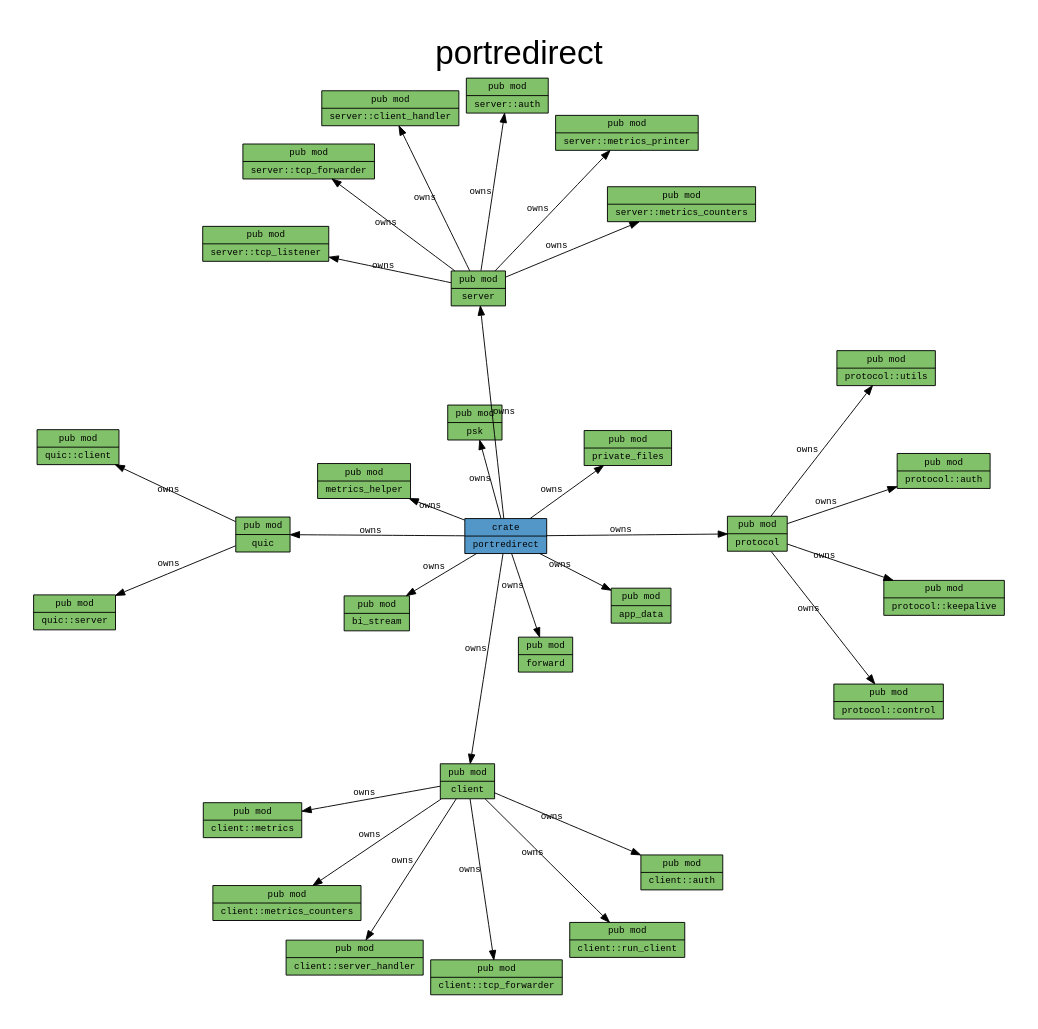
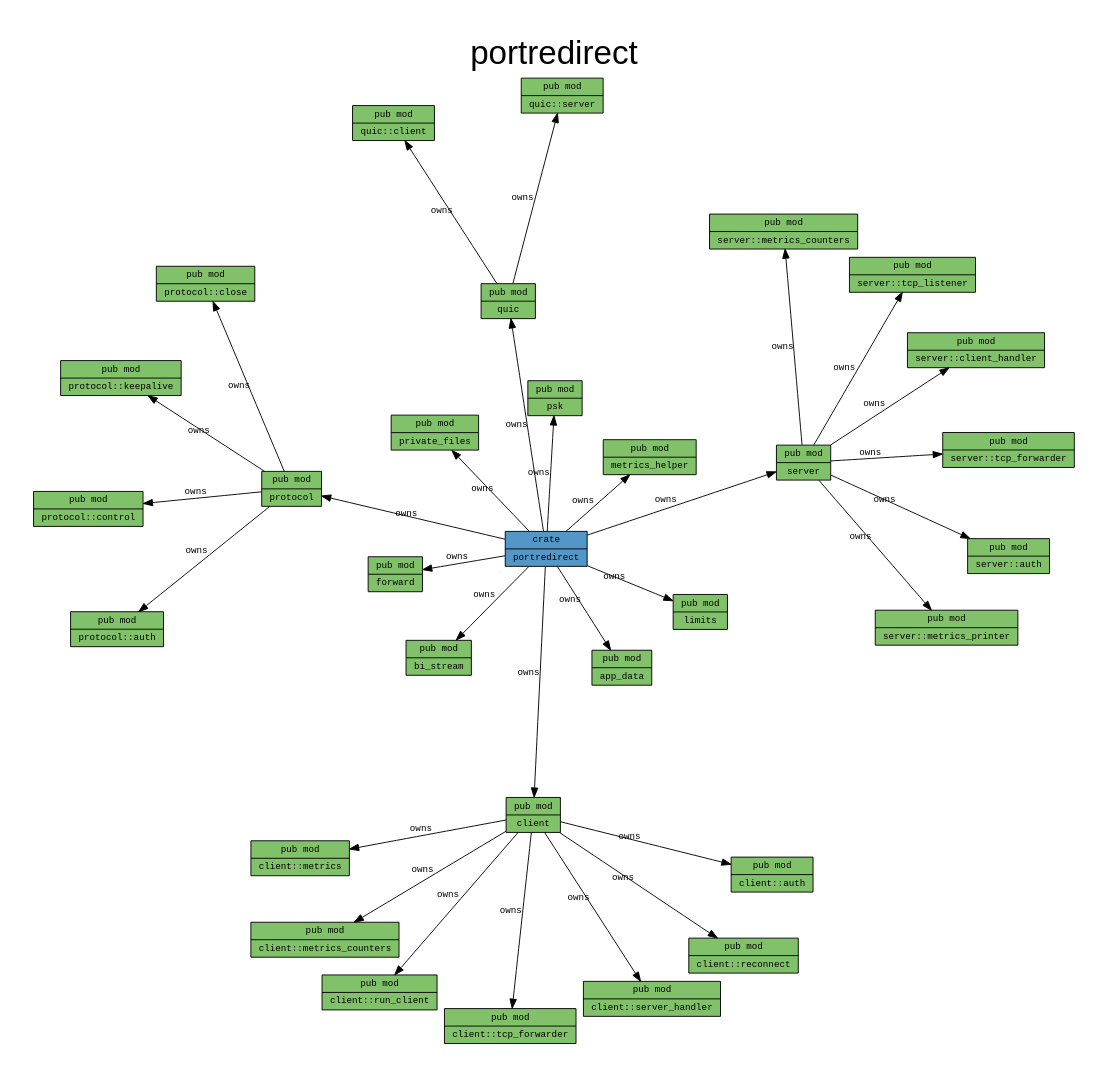
Before and after one commit to FionaPreroll/vibe-portredirect: the diagram in docs/cargo-mods-lib.dot, drawn with Graphviz. The commit also changed 5 other files, not shown here.

First line of the commit message:
Document protocol version 3, the limits and reconnecting

```diff
--- a/docs/cargo-mods-lib.dot
+++ b/docs/cargo-mods-lib.dot
@@ -1,91 +1,95 @@
 digraph {
 
     graph [
         label="portredirect",
         labelloc=t,
 
         pad=0.4,
 
         // Consider rendering the graph using a different layout algorithm, such as:
         // [dot, neato, twopi, circo, fdp, sfdp]
         layout=neato,
         overlap=false,
         splines="line",
         rankdir=LR,
 
         fontname="Helvetica", 
         fontsize="36",
     ];
 
     node [
         fontname="monospace",
         fontsize="10",
         shape="record",
         style="filled",
     ];
 
     edge [
         fontname="monospace",
         fontsize="10",
     ];
 
     "portredirect" [label="crate|portredirect", fillcolor="#5397c8"]; // "crate" node
     "portredirect::app_data" [label="pub mod|app_data", fillcolor="#81c169"]; // "mod" node
     "portredirect::bi_stream" [label="pub mod|bi_stream", fillcolor="#81c169"]; // "mod" node
     "portredirect::client" [label="pub mod|client", fillcolor="#81c169"]; // "mod" node
     "portredirect::client::auth" [label="pub mod|client::auth", fillcolor="#81c169"]; // "mod" node
     "portredirect::client::metrics" [label="pub mod|client::metrics", fillcolor="#81c169"]; // "mod" node
     "portredirect::client::metrics_counters" [label="pub mod|client::metrics_counters", fillcolor="#81c169"]; // "mod" node
+    "portredirect::client::reconnect" [label="pub mod|client::reconnect", fillcolor="#81c169"]; // "mod" node
     "portredirect::client::run_client" [label="pub mod|client::run_client", fillcolor="#81c169"]; // "mod" node
     "portredirect::client::server_handler" [label="pub mod|client::server_handler", fillcolor="#81c169"]; // "mod" node
     "portredirect::client::tcp_forwarder" [label="pub mod|client::tcp_forwarder", fillcolor="#81c169"]; // "mod" node
     "portredirect::forward" [label="pub mod|forward", fillcolor="#81c169"]; // "mod" node
+    "portredirect::limits" [label="pub mod|limits", fillcolor="#81c169"]; // "mod" node
     "portredirect::metrics_helper" [label="pub mod|metrics_helper", fillcolor="#81c169"]; // "mod" node
     "portredirect::private_files" [label="pub mod|private_files", fillcolor="#81c169"]; // "mod" node
     "portredirect::protocol" [label="pub mod|protocol", fillcolor="#81c169"]; // "mod" node
     "portredirect::protocol::auth" [label="pub mod|protocol::auth", fillcolor="#81c169"]; // "mod" node
+    "portredirect::protocol::close" [label="pub mod|protocol::close", fillcolor="#81c169"]; // "mod" node
     "portredirect::protocol::control" [label="pub mod|protocol::control", fillcolor="#81c169"]; // "mod" node
     "portredirect::protocol::keepalive" [label="pub mod|protocol::keepalive", fillcolor="#81c169"]; // "mod" node
-    "portredirect::protocol::utils" [label="pub mod|protocol::utils", fillcolor="#81c169"]; // "mod" node
     "portredirect::psk" [label="pub mod|psk", fillcolor="#81c169"]; // "mod" node
     "portredirect::quic" [label="pub mod|quic", fillcolor="#81c169"]; // "mod" node
     "portredirect::quic::client" [label="pub mod|quic::client", fillcolor="#81c169"]; // "mod" node
     "portredirect::quic::server" [label="pub mod|quic::server", fillcolor="#81c169"]; // "mod" node
     "portredirect::server" [label="pub mod|server", fillcolor="#81c169"]; // "mod" node
     "portredirect::server::auth" [label="pub mod|server::auth", fillcolor="#81c169"]; // "mod" node
     "portredirect::server::client_handler" [label="pub mod|server::client_handler", fillcolor="#81c169"]; // "mod" node
     "portredirect::server::metrics_counters" [label="pub mod|server::metrics_counters", fillcolor="#81c169"]; // "mod" node
     "portredirect::server::metrics_printer" [label="pub mod|server::metrics_printer", fillcolor="#81c169"]; // "mod" node
     "portredirect::server::tcp_forwarder" [label="pub mod|server::tcp_forwarder", fillcolor="#81c169"]; // "mod" node
     "portredirect::server::tcp_listener" [label="pub mod|server::tcp_listener", fillcolor="#81c169"]; // "mod" node
 
     "portredirect" -> "portredirect::app_data" [label="owns", color="#000000", style="solid"] [constraint=true]; // "owns" edge
     "portredirect" -> "portredirect::bi_stream" [label="owns", color="#000000", style="solid"] [constraint=true]; // "owns" edge
     "portredirect" -> "portredirect::client" [label="owns", color="#000000", style="solid"] [constraint=true]; // "owns" edge
     "portredirect" -> "portredirect::forward" [label="owns", color="#000000", style="solid"] [constraint=true]; // "owns" edge
+    "portredirect" -> "portredirect::limits" [label="owns", color="#000000", style="solid"] [constraint=true]; // "owns" edge
     "portredirect" -> "portredirect::metrics_helper" [label="owns", color="#000000", style="solid"] [constraint=true]; // "owns" edge
     "portredirect" -> "portredirect::private_files" [label="owns", color="#000000", style="solid"] [constraint=true]; // "owns" edge
     "portredirect" -> "portredirect::protocol" [label="owns", color="#000000", style="solid"] [constraint=true]; // "owns" edge
     "portredirect" -> "portredirect::psk" [label="owns", color="#000000", style="solid"] [constraint=true]; // "owns" edge
     "portredirect" -> "portredirect::quic" [label="owns", color="#000000", style="solid"] [constraint=true]; // "owns" edge
     "portredirect" -> "portredirect::server" [label="owns", color="#000000", style="solid"] [constraint=true]; // "owns" edge
     "portredirect::client" -> "portredirect::client::auth" [label="owns", color="#000000", style="solid"] [constraint=true]; // "owns" edge
     "portredirect::client" -> "portredirect::client::metrics" [label="owns", color="#000000", style="solid"] [constraint=true]; // "owns" edge
     "portredirect::client" -> "portredirect::client::metrics_counters" [label="owns", color="#000000", style="solid"] [constraint=true]; // "owns" edge
+    "portredirect::client" -> "portredirect::client::reconnect" [label="owns", color="#000000", style="solid"] [constraint=true]; // "owns" edge
     "portredirect::client" -> "portredirect::client::run_client" [label="owns", color="#000000", style="solid"] [constraint=true]; // "owns" edge
     "portredirect::client" -> "portredirect::client::server_handler" [label="owns", color="#000000", style="solid"] [constraint=true]; // "owns" edge
     "portredirect::client" -> "portredirect::client::tcp_forwarder" [label="owns", color="#000000", style="solid"] [constraint=true]; // "owns" edge
     "portredirect::protocol" -> "portredirect::protocol::auth" [label="owns", color="#000000", style="solid"] [constraint=true]; // "owns" edge
+    "portredirect::protocol" -> "portredirect::protocol::close" [label="owns", color="#000000", style="solid"] [constraint=true]; // "owns" edge
     "portredirect::protocol" -> "portredirect::protocol::control" [label="owns", color="#000000", style="solid"] [constraint=true]; // "owns" edge
     "portredirect::protocol" -> "portredirect::protocol::keepalive" [label="owns", color="#000000", style="solid"] [constraint=true]; // "owns" edge
-    "portredirect::protocol" -> "portredirect::protocol::utils" [label="owns", color="#000000", style="solid"] [constraint=true]; // "owns" edge
     "portredirect::quic" -> "portredirect::quic::client" [label="owns", color="#000000", style="solid"] [constraint=true]; // "owns" edge
     "portredirect::quic" -> "portredirect::quic::server" [label="owns", color="#000000", style="solid"] [constraint=true]; // "owns" edge
     "portredirect::server" -> "portredirect::server::auth" [label="owns", color="#000000", style="solid"] [constraint=true]; // "owns" edge
     "portredirect::server" -> "portredirect::server::client_handler" [label="owns", color="#000000", style="solid"] [constraint=true]; // "owns" edge
     "portredirect::server" -> "portredirect::server::metrics_counters" [label="owns", color="#000000", style="solid"] [constraint=true]; // "owns" edge
     "portredirect::server" -> "portredirect::server::metrics_printer" [label="owns", color="#000000", style="solid"] [constraint=true]; // "owns" edge
     "portredirect::server" -> "portredirect::server::tcp_forwarder" [label="owns", color="#000000", style="solid"] [constraint=true]; // "owns" edge
     "portredirect::server" -> "portredirect::server::tcp_listener" [label="owns", color="#000000", style="solid"] [constraint=true]; // "owns" edge
 
 }
```
